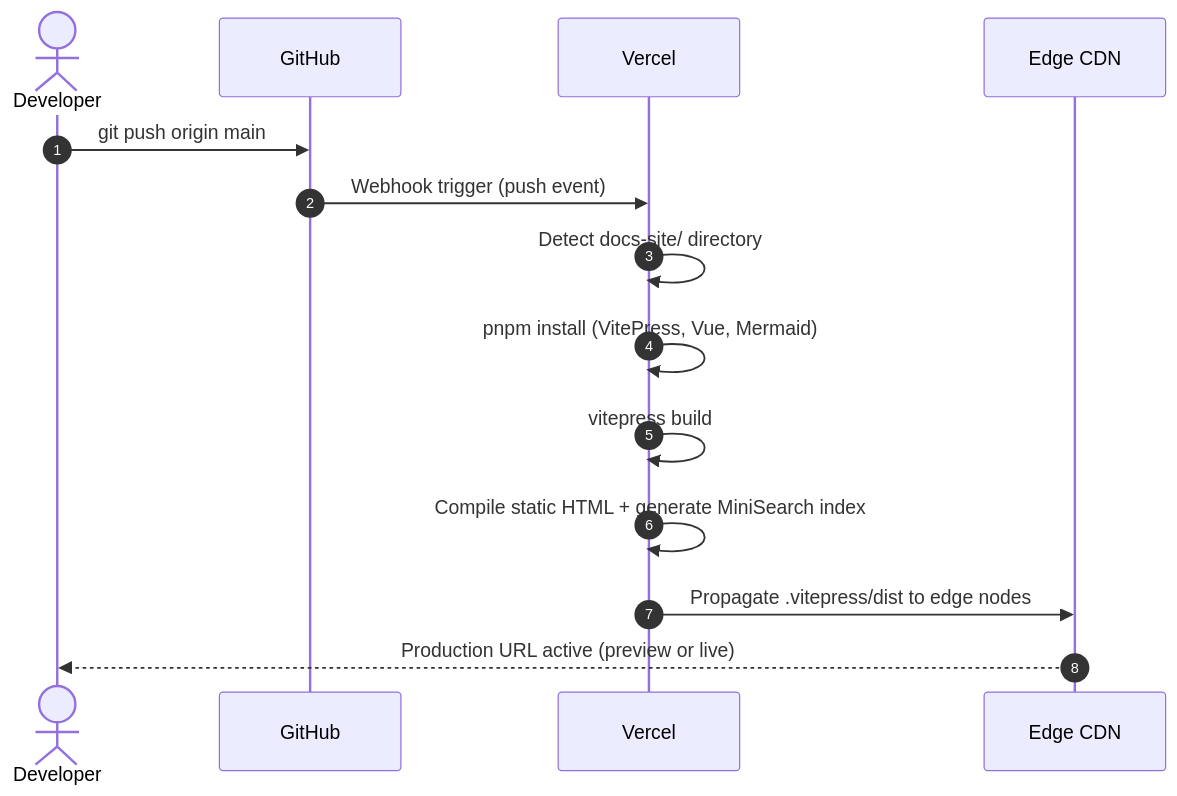
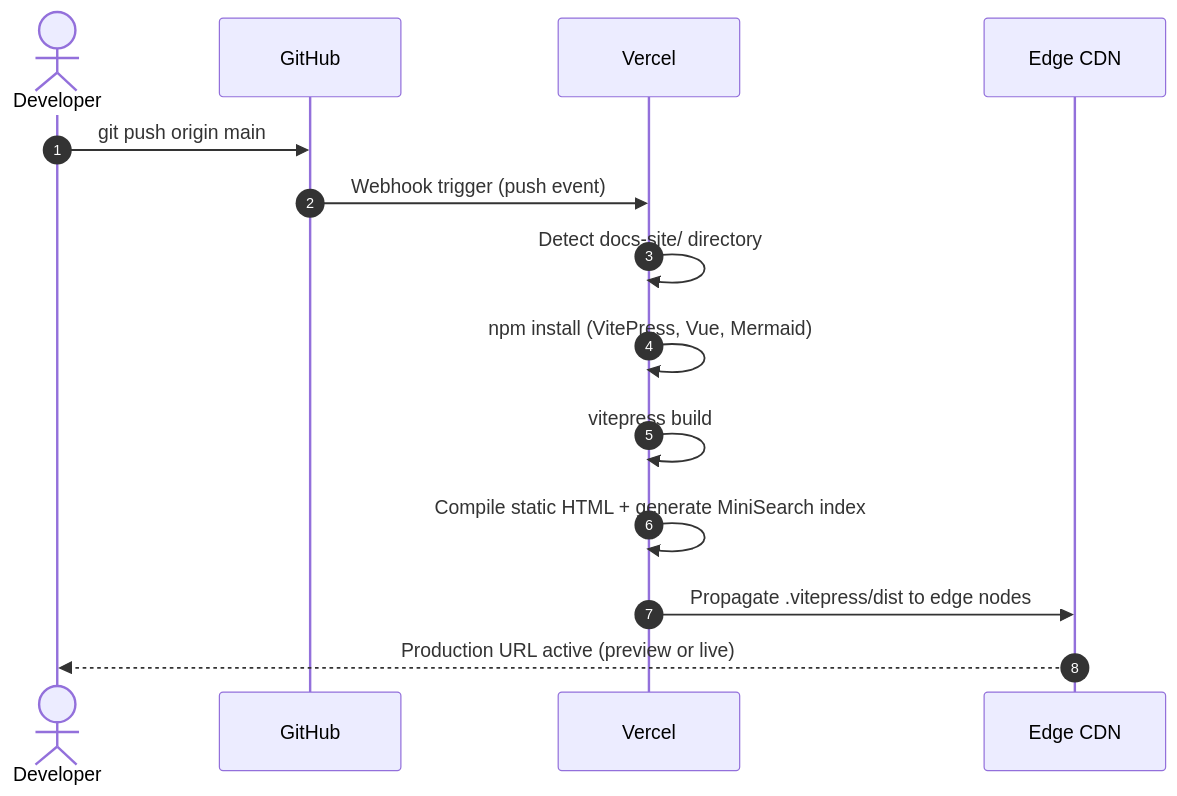
One commit to webex042/Tessera changed the second of 2 diagrams in docs-site/deployment/vercel-hosting.md. Above: the diagram before and after it, drawn with Mermaid. The commit also changed other lines of this file and 31 other files, not shown here.

````diff
--- a/docs-site/deployment/vercel-hosting.md
+++ b/docs-site/deployment/vercel-hosting.md
@@ -77,17 +78,17 @@
 ```mermaid
 sequenceDiagram
     autonumber
     actor Dev as Developer
     participant GH as GitHub
     participant V as Vercel
     participant Edge as Edge CDN
 
     Dev->>GH: git push origin main
     GH->>V: Webhook trigger (push event)
     V->>V: Detect docs-site/ directory
-    V->>V: pnpm install (VitePress, Vue, Mermaid)
+    V->>V: npm install (VitePress, Vue, Mermaid)
     V->>V: vitepress build
     V->>V: Compile static HTML + generate MiniSearch index
     V->>Edge: Propagate .vitepress/dist to edge nodes
     Edge-->>Dev: Production URL active (preview or live)
 ```
````
